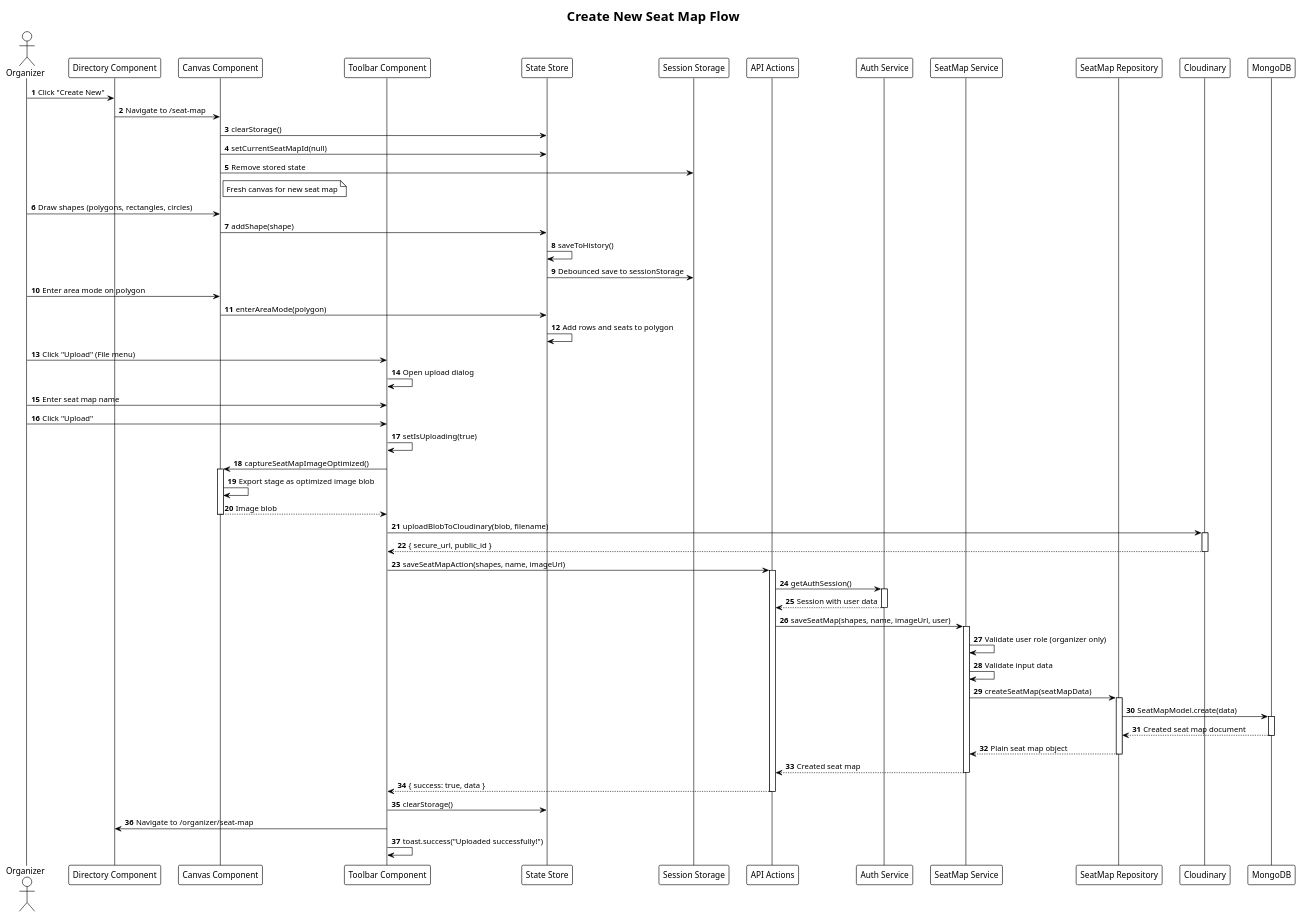
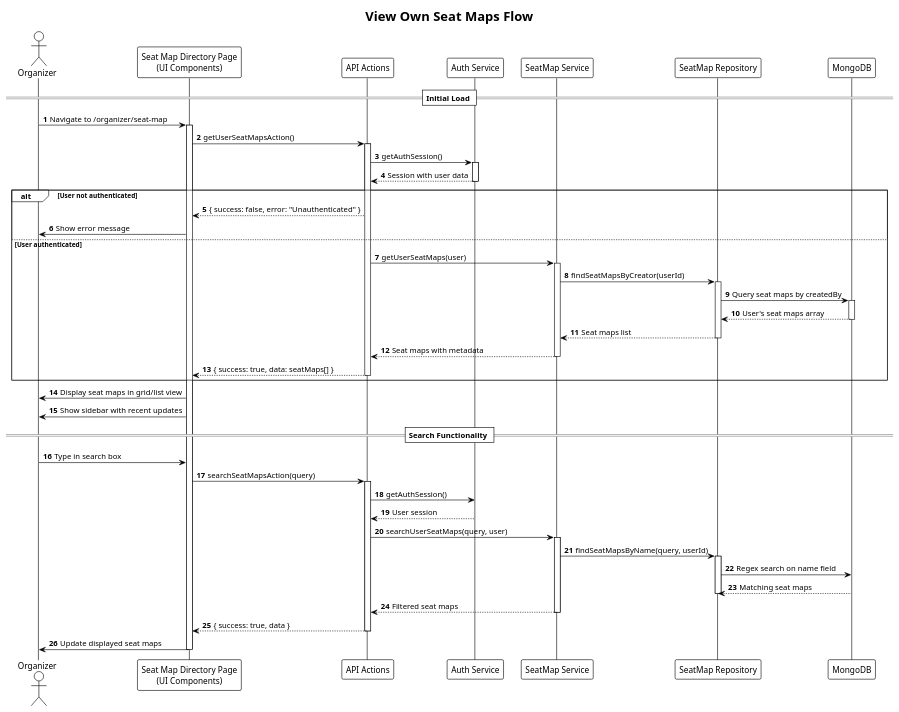
One commit to VieTicket/vieticket-monorepo changed the first of 6 diagrams in puml/seat-map.puml. Above: the diagram before and after it, drawn with PlantUML. The commit also changed other lines of this file and 183 other files, not shown here.

```diff
--- a/puml/seat-map.puml
+++ b/puml/seat-map.puml
@@ -1,86 +1,77 @@
-@startuml create-new-seat-map
+@startuml view-own-seatmaps
 autonumber
 !theme plain
-title Create New Seat Map Flow
+title View Own Seat Maps Flow
 
 actor Organizer
-participant "Directory Component" as Directory
-participant "Canvas Component" as Canvas
-participant "Toolbar Component" as Toolbar
-participant "State Store" as Store
-participant "Session Storage" as Session
+participant "Seat Map Directory Page\n(UI Components)" as Page
 participant "API Actions" as Actions
 participant "Auth Service" as Auth
 participant "SeatMap Service" as Service
 participant "SeatMap Repository" as Repo
-participant "Cloudinary" as Cloud
 participant "MongoDB" as MongoDB
 
-Organizer -> Directory: Click "Create New"
-Directory -> Canvas: Navigate to /seat-map
+== Initial Load ==
+Organizer -> Page: Navigate to /organizer/seat-map
+activate Page
 
-Canvas -> Store: clearStorage()
-Canvas -> Store: setCurrentSeatMapId(null)
-Canvas -> Session: Remove stored state
-Note right of Canvas: Fresh canvas for new seat map
-
-Organizer -> Canvas: Draw shapes (polygons, rectangles, circles)
-Canvas -> Store: addShape(shape)
-Store -> Store: saveToHistory()
-Store -> Session: Debounced save to sessionStorage
-
-Organizer -> Canvas: Enter area mode on polygon
-Canvas -> Store: enterAreaMode(polygon)
-Store -> Store: Add rows and seats to polygon
-
-Organizer -> Toolbar: Click "Upload" (File menu)
-Toolbar -> Toolbar: Open upload dialog
-
-Organizer -> Toolbar: Enter seat map name
-Organizer -> Toolbar: Click "Upload"
-
-Toolbar -> Toolbar: setIsUploading(true)
-Toolbar -> Canvas: captureSeatMapImageOptimized()
-activate Canvas
-Canvas -> Canvas: Export stage as optimized image blob
-Canvas --> Toolbar: Image blob
-deactivate Canvas
-
-Toolbar -> Cloud: uploadBlobToCloudinary(blob, filename)
-activate Cloud
-Cloud --> Toolbar: { secure_url, public_id }
-deactivate Cloud
-
-Toolbar -> Actions: saveSeatMapAction(shapes, name, imageUrl)
+Page -> Actions: getUserSeatMapsAction()
 activate Actions
 
 Actions -> Auth: getAuthSession()
 activate Auth
 Auth --> Actions: Session with user data
 deactivate Auth
 
-Actions -> Service: saveSeatMap(shapes, name, imageUrl, user)
+alt User not authenticated
+    Actions --> Page: { success: false, error: "Unauthenticated" }
+    Page -> Organizer: Show error message
+else User authenticated
+    Actions -> Service: getUserSeatMaps(user)
+    activate Service
+    
+    Service -> Repo: findSeatMapsByCreator(userId)
+    activate Repo
+    Repo -> MongoDB: Query seat maps by createdBy
+    activate MongoDB
+    MongoDB --> Repo: User's seat maps array
+    deactivate MongoDB
+    Repo --> Service: Seat maps list
+    deactivate Repo
+    
+    Service --> Actions: Seat maps with metadata
+    deactivate Service
+    
+    Actions --> Page: { success: true, data: seatMaps[] }
+    deactivate Actions
+end
+
+Page -> Organizer: Display seat maps in grid/list view
+Page -> Organizer: Show sidebar with recent updates
+
+== Search Functionality ==
+Organizer -> Page: Type in search box
+Page -> Actions: searchSeatMapsAction(query)
+activate Actions
+
+Actions -> Auth: getAuthSession()
+Auth --> Actions: User session
+
+Actions -> Service: searchUserSeatMaps(query, user)
 activate Service
-
-Service -> Service: Validate user role (organizer only)
-Service -> Service: Validate input data
-Service -> Repo: createSeatMap(seatMapData)
+Service -> Repo: findSeatMapsByName(query, userId)
 activate Repo
-Repo -> MongoDB: SeatMapModel.create(data)
-activate MongoDB
-MongoDB --> Repo: Created seat map document
-deactivate MongoDB
-Repo --> Service: Plain seat map object
+Repo -> MongoDB: Regex search on name field
+MongoDB --> Repo: Matching seat maps
 deactivate Repo
-
-Service --> Actions: Created seat map
+Service --> Actions: Filtered seat maps
 deactivate Service
 
-Actions --> Toolbar: { success: true, data }
+Actions --> Page: { success: true, data }
 deactivate Actions
 
-Toolbar -> Store: clearStorage()
-Toolbar -> Directory: Navigate to /organizer/seat-map
-Toolbar -> Toolbar: toast.success("Uploaded successfully!")
+Page -> Organizer: Update displayed seat maps
+
+deactivate Page
 
 @enduml
```
